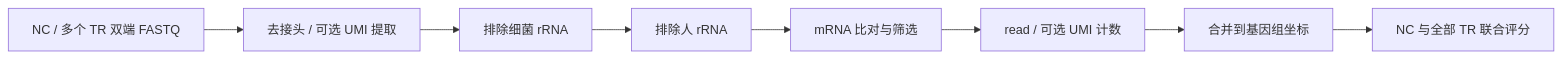
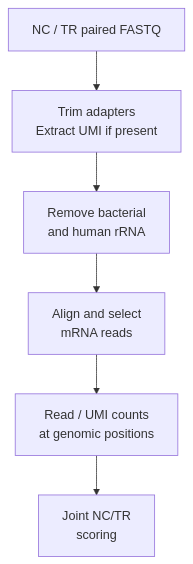
Before and after one commit to IvanWoo22/NJU_seq: the diagram in README.md, drawn with Mermaid. The commit also changed other lines of this file and 27 other files, not shown here.

````diff
--- a/README.md
+++ b/README.md
@@ -11,10 +15,8 @@
 ```mermaid
-flowchart LR
-  A[NC / 多个 TR 双端 FASTQ] --> B[去接头 / 可选 UMI 提取]
-  B --> C[排除细菌 rRNA]
-  C --> D[排除人 rRNA]
-  D --> E[mRNA 比对与筛选]
-  E --> F[read / 可选 UMI 计数]
-  F --> G[合并到基因组坐标]
-  G --> H[NC 与全部 TR 联合评分]
+flowchart TD
+  A["NC / TR paired FASTQ"] --> B["Trim adapters<br/>Extract UMI if present"]
+  B --> C["Remove bacterial<br/>and human rRNA"]
+  C --> D["Align and select<br/>mRNA reads"]
+  D --> E["Read / UMI counts<br/>at genomic positions"]
+  E --> F["Joint NC/TR<br/>scoring"]
 ```
````
